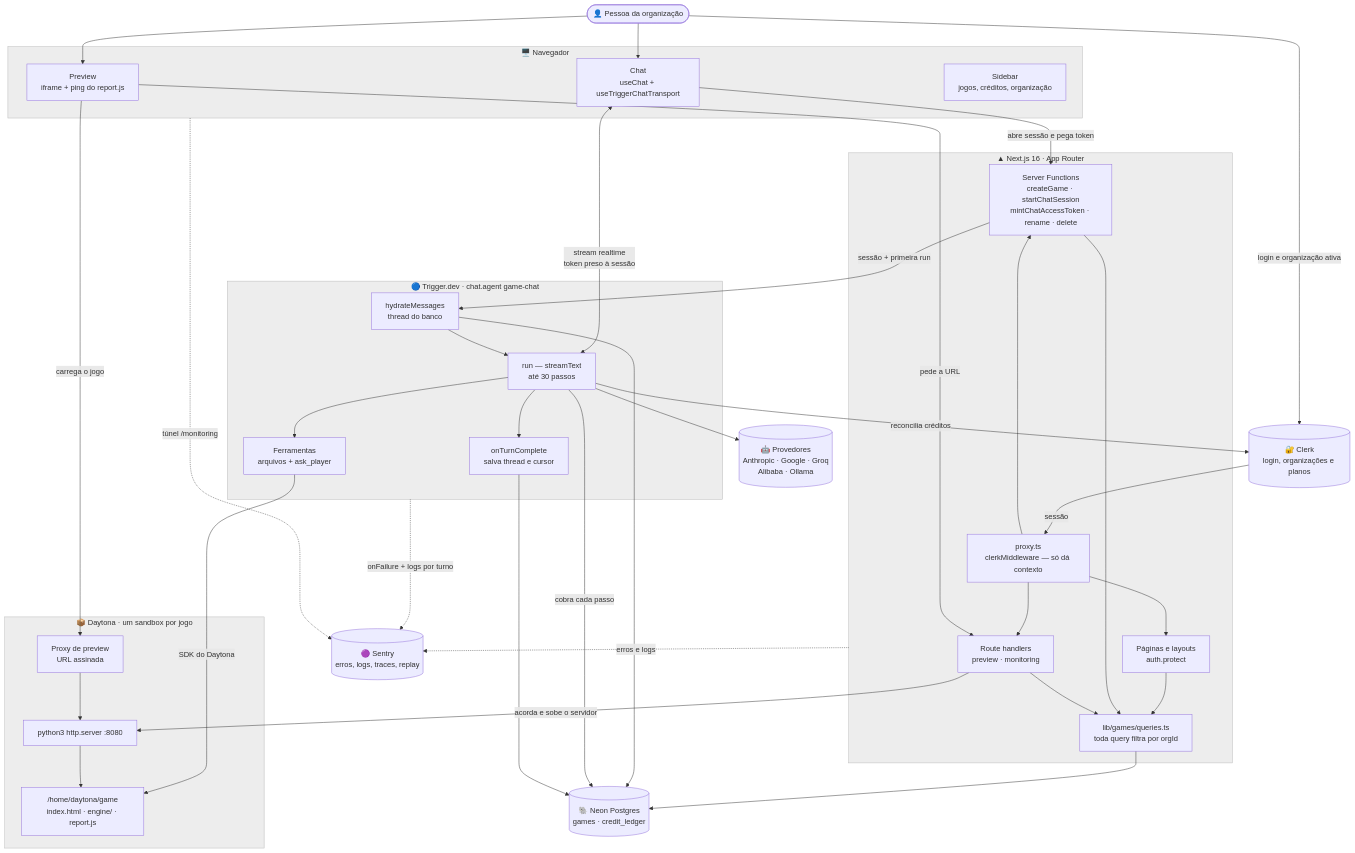
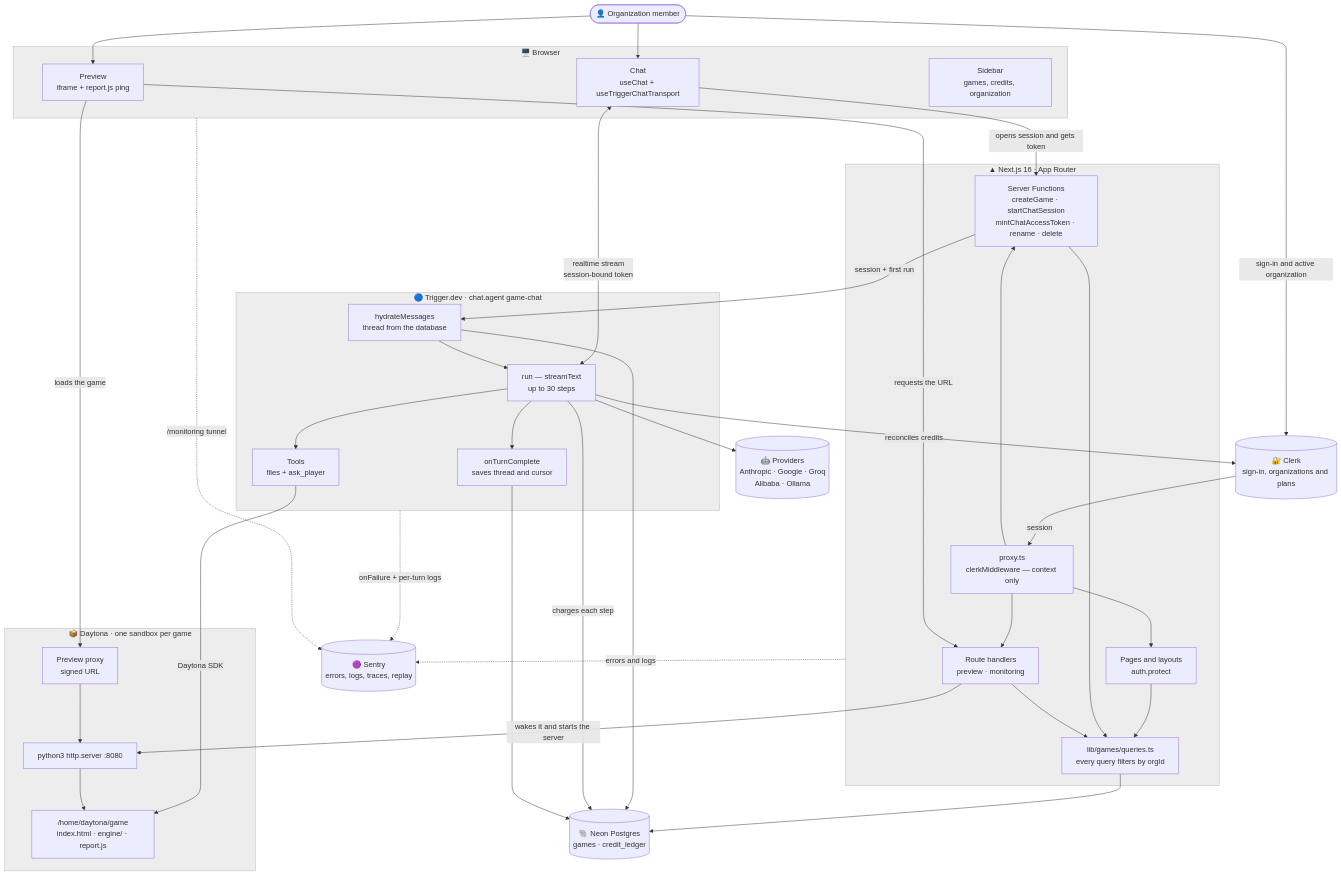
Before and after one commit to renatomf/nextjs-playforge: the fifth of 6 diagrams in README.md, drawn with Mermaid. The commit also changed other lines of this file and 5 other files, not shown here.

````diff
--- a/README.md
+++ b/README.md
@@ -299,74 +300,74 @@
 ```mermaid
 %%{init: {'themeVariables': {'clusterBkg': 'rgba(127,127,127,0.14)', 'clusterBorder': 'rgba(127,127,127,0.50)', 'noteBkgColor': 'rgba(127,127,127,0.14)', 'noteBorderColor': 'rgba(127,127,127,0.50)', 'labelBoxBkgColor': 'rgba(127,127,127,0.14)', 'labelBoxBorderColor': 'rgba(127,127,127,0.50)'}}}%%
 flowchart TB
-    Pessoa(["👤 Pessoa da organização"])
+    Person(["👤 Organization member"])
 
-    subgraph Nav["🖥️ Navegador"]
+    subgraph Nav["🖥️ Browser"]
         Chat["Chat<br/>useChat + useTriggerChatTransport"]
-        Preview["Preview<br/>iframe + ping do report.js"]
-        Side["Sidebar<br/>jogos, créditos, organização"]
+        Preview["Preview<br/>iframe + report.js ping"]
+        Side["Sidebar<br/>games, credits, organization"]
     end
 
     subgraph Web["▲ Next.js 16 · App Router"]
-        Proxy["proxy.ts<br/>clerkMiddleware — só dá contexto"]
-        Paginas["Páginas e layouts<br/>auth.protect"]
+        Proxy["proxy.ts<br/>clerkMiddleware — context only"]
+        Pages["Pages and layouts<br/>auth.protect"]
         Actions["Server Functions<br/>createGame · startChatSession<br/>mintChatAccessToken · rename · delete"]
-        Rota["Route handlers<br/>preview · monitoring"]
-        Queries["lib/games/queries.ts<br/>toda query filtra por orgId"]
+        Routes["Route handlers<br/>preview · monitoring"]
+        Queries["lib/games/queries.ts<br/>every query filters by orgId"]
     end
 
-    Clerk[("🔐 Clerk<br/>login, organizações e planos")]
-    Banco[("🐘 Neon Postgres<br/>games · credit_ledger")]
+    Clerk[("🔐 Clerk<br/>sign-in, organizations and plans")]
+    DB[("🐘 Neon Postgres<br/>games · credit_ledger")]
 
     subgraph Worker["🔵 Trigger.dev · chat.agent game-chat"]
-        Hyd["hydrateMessages<br/>thread do banco"]
-        Run["run — streamText<br/>até 30 passos"]
-        Tools["Ferramentas<br/>arquivos + ask_player"]
-        Done["onTurnComplete<br/>salva thread e cursor"]
+        Hyd["hydrateMessages<br/>thread from the database"]
+        Run["run — streamText<br/>up to 30 steps"]
+        Tools["Tools<br/>files + ask_player"]
+        Done["onTurnComplete<br/>saves thread and cursor"]
     end
 
-    LLM[("🤖 Provedores<br/>Anthropic · Google · Groq<br/>Alibaba · Ollama")]
+    LLM[("🤖 Providers<br/>Anthropic · Google · Groq<br/>Alibaba · Ollama")]
 
-    subgraph Box["📦 Daytona · um sandbox por jogo"]
+    subgraph Box["📦 Daytona · one sandbox per game"]
         Files["/home/daytona/game<br/>index.html · engine/ · report.js"]
         Srv["python3 http.server :8080"]
-        PxD["Proxy de preview<br/>URL assinada"]
+        PxD["Preview proxy<br/>signed URL"]
     end
 
-    Sentry[("🟣 Sentry<br/>erros, logs, traces, replay")]
+    Sentry[("🟣 Sentry<br/>errors, logs, traces, replay")]
 
-    Pessoa --> Chat
-    Pessoa --> Preview
-    Pessoa -->|"login e organização ativa"| Clerk
-    Clerk -->|"sessão"| Proxy
-    Proxy --> Paginas
+    Person --> Chat
+    Person --> Preview
+    Person -->|"sign-in and active organization"| Clerk
+    Clerk -->|"session"| Proxy
+    Proxy --> Pages
     Proxy --> Actions
-    Proxy --> Rota
-    Paginas --> Queries
+    Proxy --> Routes
+    Pages --> Queries
     Actions --> Queries
-    Rota --> Queries
-    Queries --> Banco
+    Routes --> Queries
+    Queries --> DB
 
-    Chat -->|"abre sessão e pega token"| Actions
-    Actions -->|"sessão + primeira run"| Hyd
-    Chat <-->|"stream realtime<br/>token preso à sessão"| Run
-    Hyd --> Banco
+    Chat -->|"opens session and gets token"| Actions
+    Actions -->|"session + first run"| Hyd
+    Chat <-->|"realtime stream<br/>session-bound token"| Run
+    Hyd --> DB
     Hyd --> Run
     Run --> LLM
     Run --> Tools
-    Tools -->|"SDK do Daytona"| Files
-    Run -->|"cobra cada passo"| Banco
+    Tools -->|"Daytona SDK"| Files
+    Run -->|"charges each step"| DB
     Run --> Done
-    Done --> Banco
-    Run -->|"reconcilia créditos"| Clerk
+    Done --> DB
+    Run -->|"reconciles credits"| Clerk
 
-    Preview -->|"pede a URL"| Rota
-    Rota -->|"acorda e sobe o servidor"| Srv
+    Preview -->|"requests the URL"| Routes
+    Routes -->|"wakes it and starts the server"| Srv
     Srv --> Files
-    Preview -->|"carrega o jogo"| PxD
+    Preview -->|"loads the game"| PxD
     PxD --> Srv
 
-    Web -.->|"erros e logs"| Sentry
-    Worker -.->|"onFailure + logs por turno"| Sentry
-    Nav -.->|"túnel /monitoring"| Sentry
+    Web -.->|"errors and logs"| Sentry
+    Worker -.->|"onFailure + per-turn logs"| Sentry
+    Nav -.->|"/monitoring tunnel"| Sentry
 ```
````
